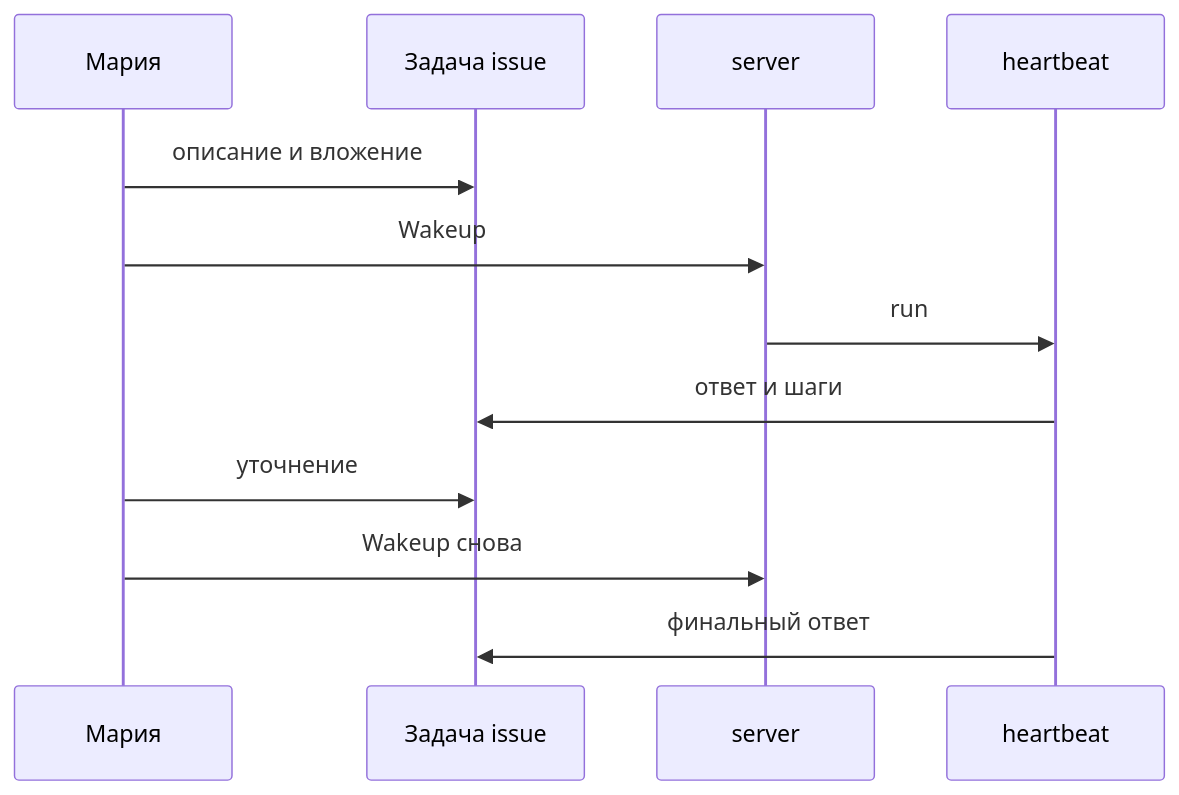
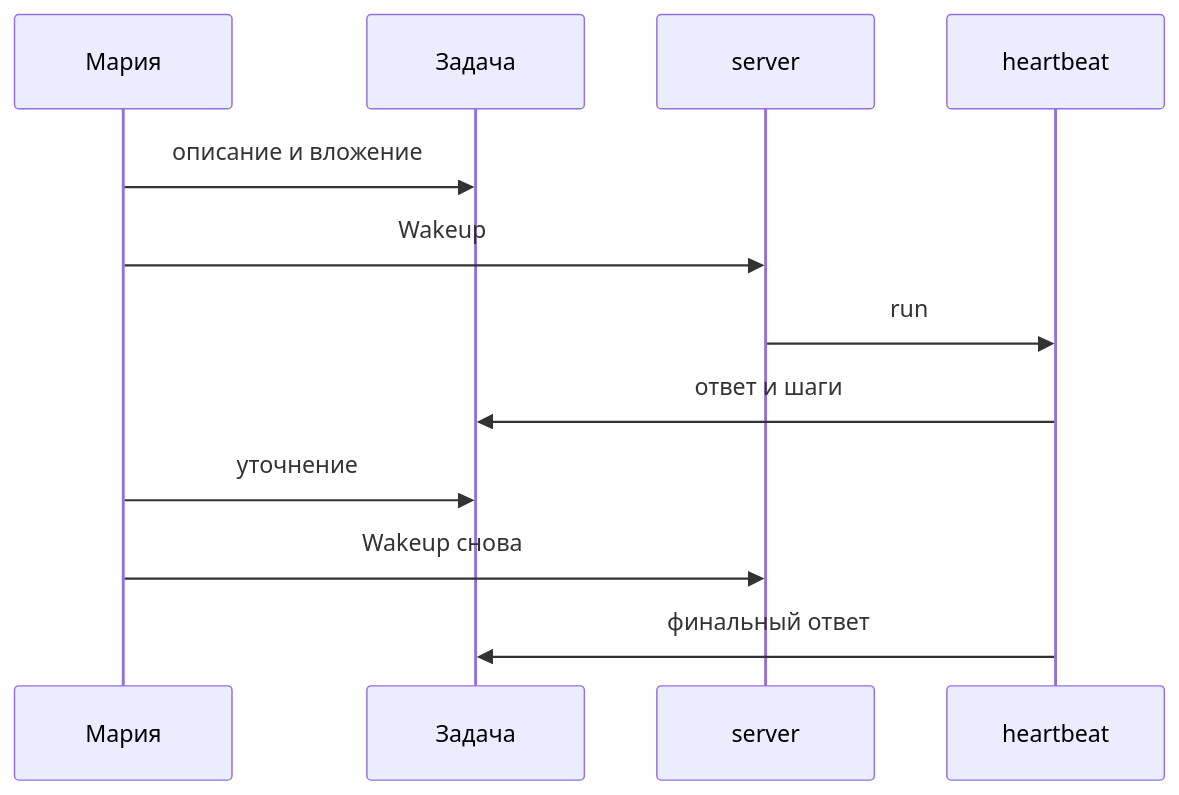
The diagram in docs/guides/03-one-task.md (Dmitriion/datagent-docs), drawn with Mermaid before and after one commit. The commit also changed other lines of this file and 9 other files, not shown here.

````diff
--- a/docs/guides/03-one-task.md
+++ b/docs/guides/03-one-task.md
@@ -58,14 +65,14 @@
 ```mermaid
 sequenceDiagram
   participant M as Мария
-  participant I as Задача issue
+  participant I as Задача
   participant S as server
   participant H as heartbeat
   M->>I: описание и вложение
   M->>S: Wakeup
   S->>H: run
   H->>I: ответ и шаги
   M->>I: уточнение
   M->>S: Wakeup снова
   H->>I: финальный ответ
 ```
````
